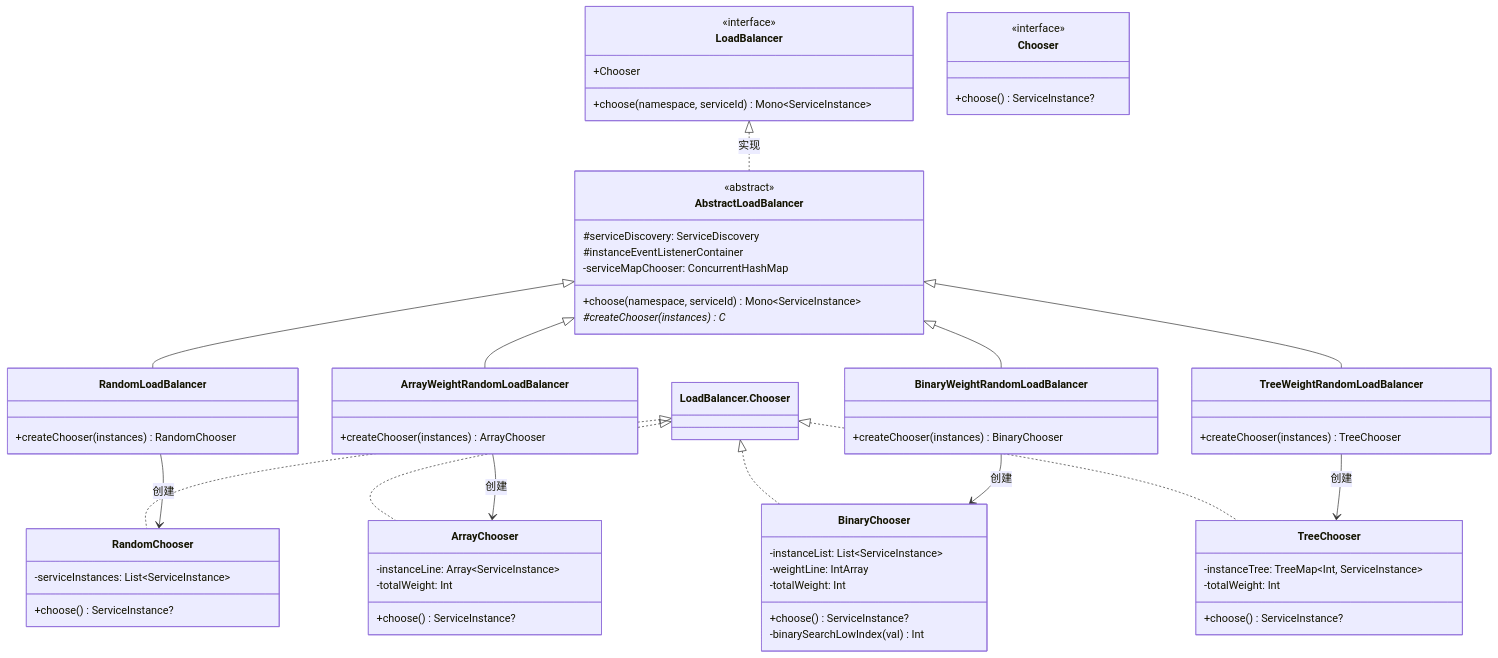
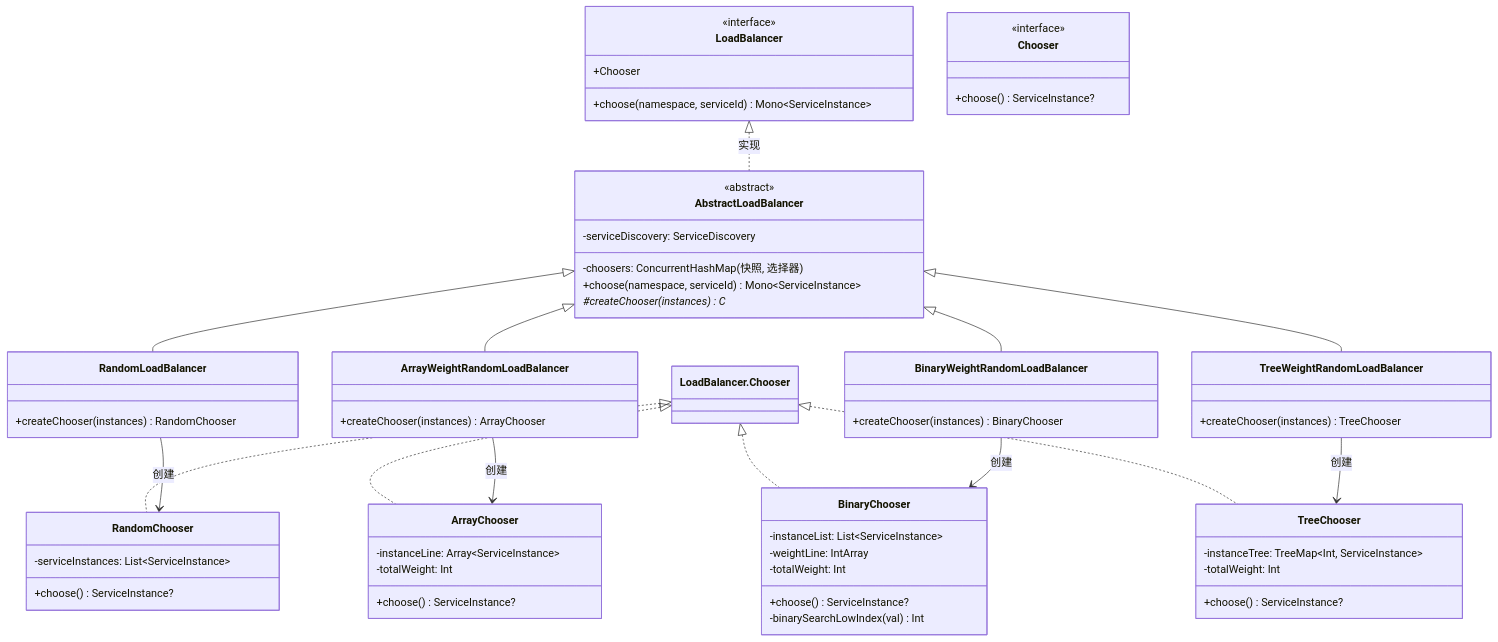
One commit to Ahoo-Wang/CoSky changed the second of 3 diagrams in wiki/zh/guide/load-balancers.md. Above: the diagram before and after it, drawn with Mermaid. The commit also changed other lines of this file and 35 other files, not shown here.

````diff
--- a/wiki/zh/guide/load-balancers.md
+++ b/wiki/zh/guide/load-balancers.md
@@ -137,67 +137,66 @@
 ```mermaid
 classDiagram
     class LoadBalancer {
         <<interface>>
         +choose(namespace, serviceId) Mono~ServiceInstance~
         +Chooser
     }
     class Chooser {
         <<interface>>
         +choose() ServiceInstance?
     }
     class AbstractLoadBalancer {
         <<abstract>>
-        #serviceDiscovery: ServiceDiscovery
-        #instanceEventListenerContainer
-        -serviceMapChooser: ConcurrentHashMap
+        -serviceDiscovery: ServiceDiscovery
+        -choosers: ConcurrentHashMap (快照, 选择器)
         +choose(namespace, serviceId) Mono~ServiceInstance~
         #createChooser(instances)* C
     }
     class RandomLoadBalancer {
         +createChooser(instances) RandomChooser
     }
     class ArrayWeightRandomLoadBalancer {
         +createChooser(instances) ArrayChooser
     }
     class BinaryWeightRandomLoadBalancer {
         +createChooser(instances) BinaryChooser
     }
     class TreeWeightRandomLoadBalancer {
         +createChooser(instances) TreeChooser
     }
     class RandomChooser {
         -serviceInstances: List~ServiceInstance~
         +choose() ServiceInstance?
     }
     class ArrayChooser {
         -instanceLine: Array~ServiceInstance~
         -totalWeight: Int
         +choose() ServiceInstance?
     }
     class BinaryChooser {
         -instanceList: List~ServiceInstance~
         -weightLine: IntArray
         -totalWeight: Int
         +choose() ServiceInstance?
         -binarySearchLowIndex(val) Int
     }
     class TreeChooser {
         -instanceTree: TreeMap~Int, ServiceInstance~
         -totalWeight: Int
         +choose() ServiceInstance?
     }
 
     LoadBalancer <|.. AbstractLoadBalancer : 实现
     LoadBalancer.Chooser <|.. RandomChooser
     LoadBalancer.Chooser <|.. ArrayChooser
     LoadBalancer.Chooser <|.. BinaryChooser
     LoadBalancer.Chooser <|.. TreeChooser
     AbstractLoadBalancer <|-- RandomLoadBalancer
     AbstractLoadBalancer <|-- ArrayWeightRandomLoadBalancer
     AbstractLoadBalancer <|-- BinaryWeightRandomLoadBalancer
     AbstractLoadBalancer <|-- TreeWeightRandomLoadBalancer
     RandomLoadBalancer --> RandomChooser : 创建
     ArrayWeightRandomLoadBalancer --> ArrayChooser : 创建
     BinaryWeightRandomLoadBalancer --> BinaryChooser : 创建
     TreeWeightRandomLoadBalancer --> TreeChooser : 创建
 ```
````
